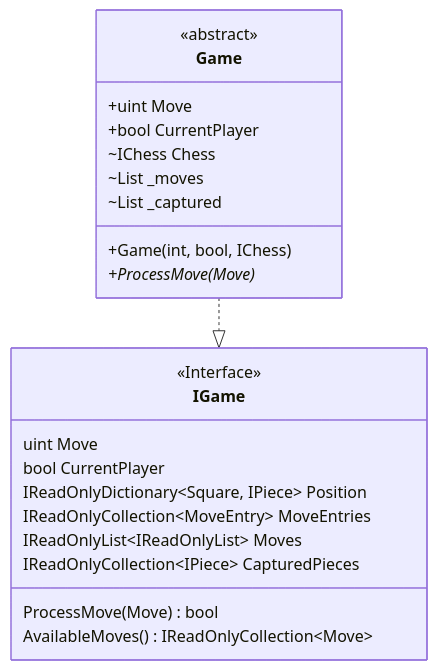
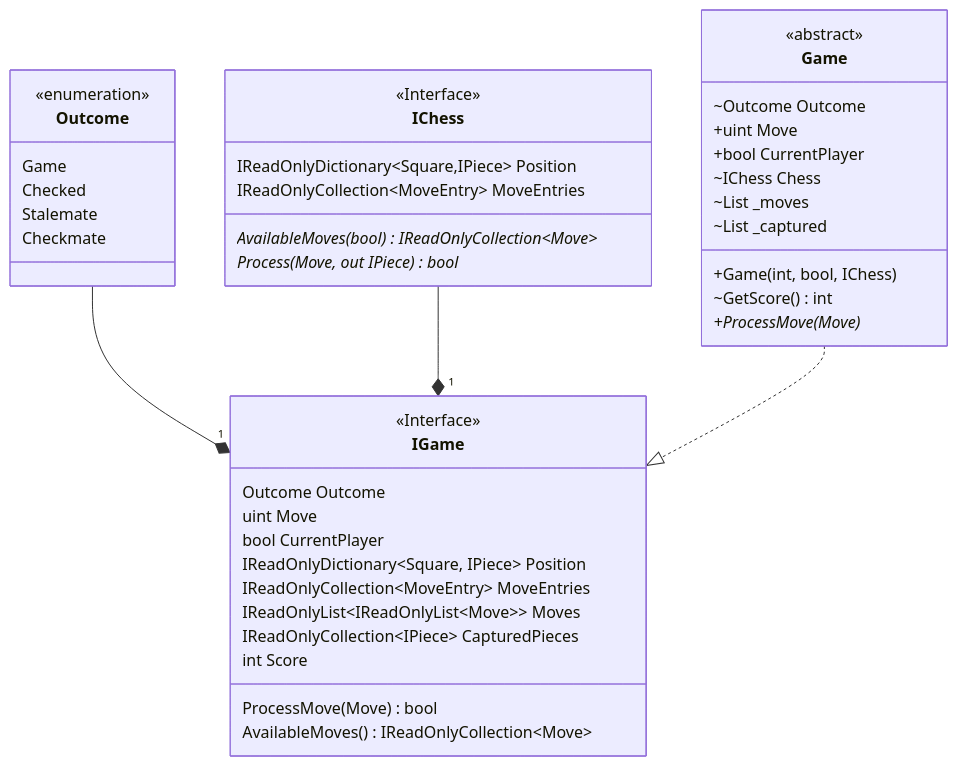
One commit to JeanLColombo/Mate changed the diagram in UML Diagram/Core/Game.md. Above: the diagram before and after it, drawn with Mermaid. The commit also changed 5 other files, not shown here.

````diff
--- a/UML Diagram/Core/Game.md
+++ b/UML Diagram/Core/Game.md
@@ -1,25 +1,45 @@
 ```mermaid
     classDiagram
+    class Outcome{
+        <<enumeration>>
+        Game
+        Checked
+        Stalemate
+        Checkmate
+    }
+    class IChess{
+        <<Interface>>
+        IReadOnlyDictionary~Square,IPiece~ Position
+        IReadOnlyCollection~MoveEntry~ MoveEntries
+        AvailableMoves(bool)* IReadOnlyCollection~Move~
+        Process(Move, out IPiece)* bool
+    }
     class IGame{
         <<Interface>>
+        Outcome Outcome
         uint Move
         bool CurrentPlayer
         IReadOnlyDictionary~Square, IPiece~ Position
         IReadOnlyCollection~MoveEntry~ MoveEntries
-        IReadOnlyList~IReadOnlyList<Move>~ Moves
+        IReadOnlyList~IReadOnlyList~Move~~ Moves
         IReadOnlyCollection~IPiece~ CapturedPieces
+        int Score
         ProcessMove(Move) bool
         AvailableMoves() IReadOnlyCollection~Move~
     }
     class Game{
         <<abstract>>
+        ~Outcome Outcome
         +uint Move
         +bool CurrentPlayer
         ~IChess Chess
         ~List _moves
         ~List _captured
         +Game(int, bool, IChess)
+        ~GetScore() int
         +ProcessMove(Move)*
     }
+    Outcome --* "1" IGame
+    IChess --* "1" IGame
     Game ..|> IGame
 ```
````
